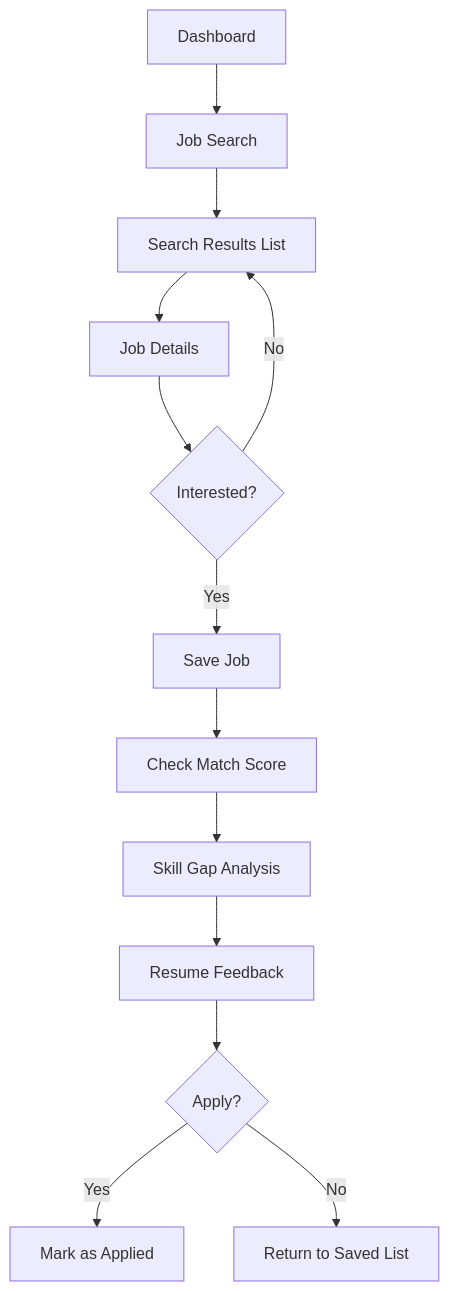
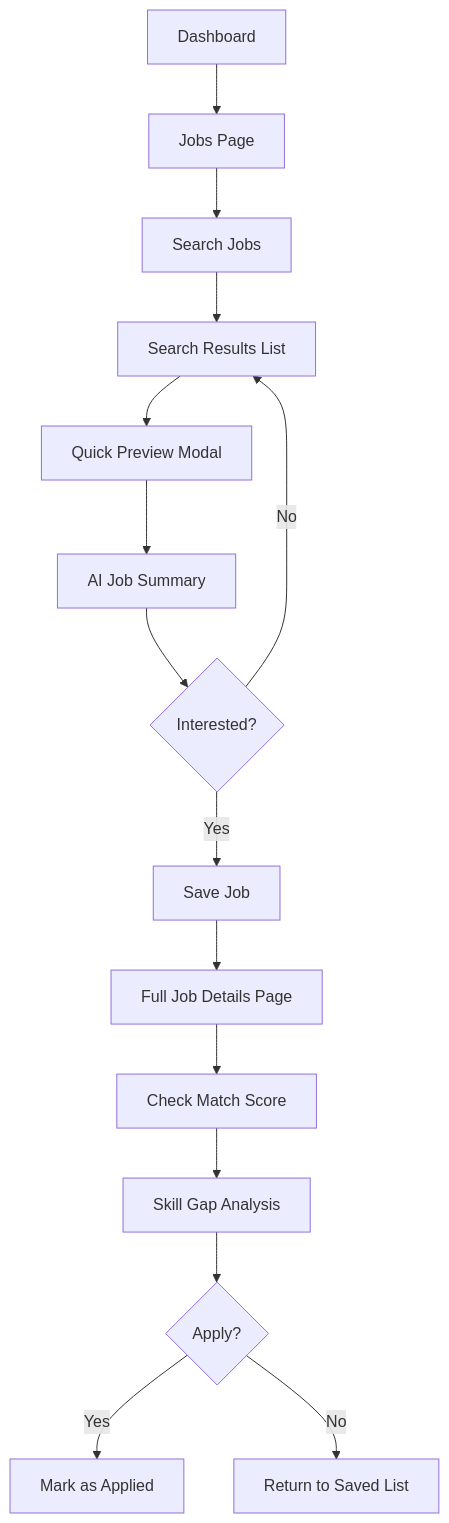
The second of 4 diagrams in docs/USER_FLOW.md (s1120258/res-match-ui), drawn with Mermaid before and after one commit. The commit also changed other lines of this file and 1 other file, not shown here.

````diff
--- a/docs/USER_FLOW.md
+++ b/docs/USER_FLOW.md
@@ -29,15 +29,17 @@
 ```mermaid
 graph TD
-    A[Dashboard] --> B[Job Search]
-    B --> C[Search Results List]
-    C --> D[Job Details]
-    D --> E{Interested?}
-    E -->|Yes| F[Save Job]
-    E -->|No| C
-    F --> G[Check Match Score]
-    G --> H[Skill Gap Analysis]
-    H --> I[Resume Feedback]
-    I --> J{Apply?}
-    J -->|Yes| K[Mark as Applied]
-    J -->|No| L[Return to Saved List]
+    A[Dashboard] --> B[Jobs Page]
+    B --> C[Search Jobs]
+    C --> D[Search Results List]
+    D --> E[Quick Preview Modal]
+    E --> F[AI Job Summary]
+    F --> G{Interested?}
+    G -->|Yes| H[Save Job]
+    G -->|No| D
+    H --> I[Full Job Details Page]
+    I --> J[Check Match Score]
+    J --> K[Skill Gap Analysis]
+    K --> L{Apply?}
+    L -->|Yes| M[Mark as Applied]
+    L -->|No| N[Return to Saved List]
 ```
````
